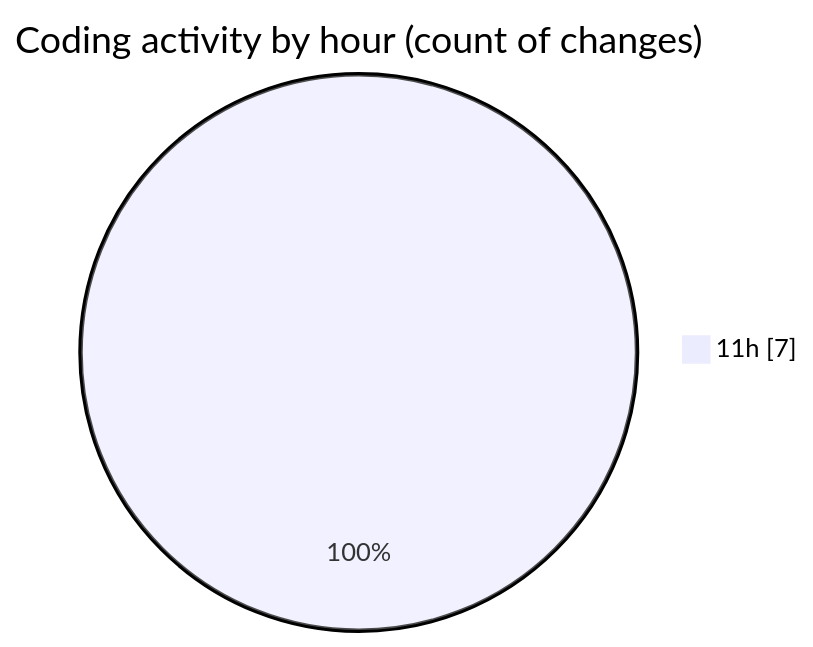
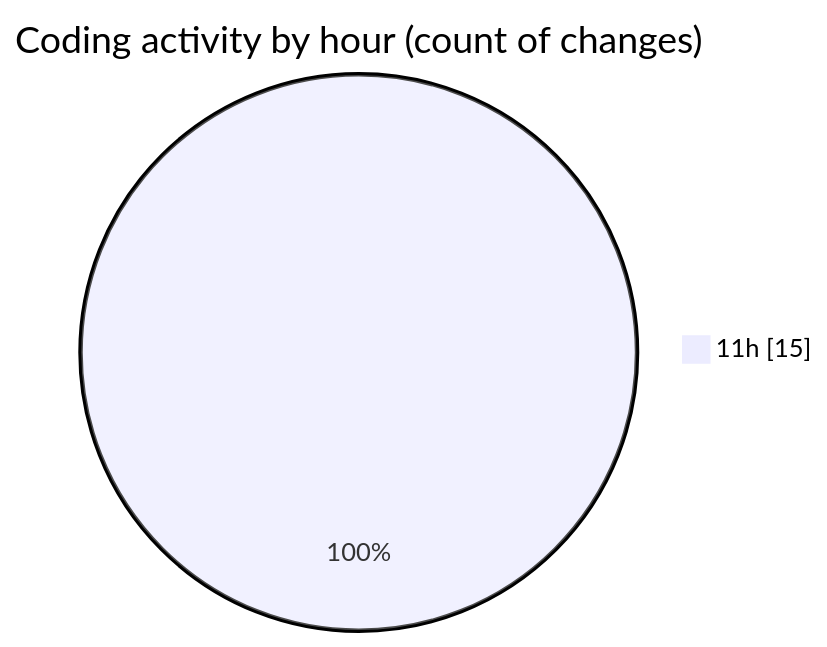
Before and after one commit to Netris89/code-tracking: the second of 2 diagrams in 2025-03-26/back-end/README.md, drawn with Mermaid. The commit also changed other lines of this file and 1 other file, not shown here.

````diff
--- a/2025-03-26/back-end/README.md
+++ b/2025-03-26/back-end/README.md
@@ -33,5 +39,5 @@
 ```mermaid
 pie showData
 title Coding activity by hour (count of changes)
-"11h" : 7
+"11h" : 15
 ```
````
